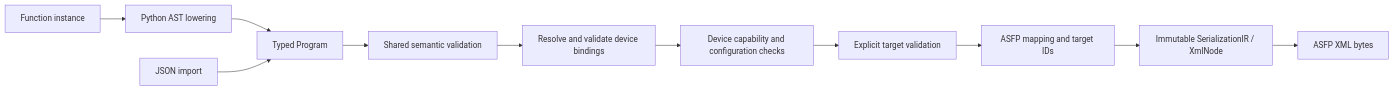
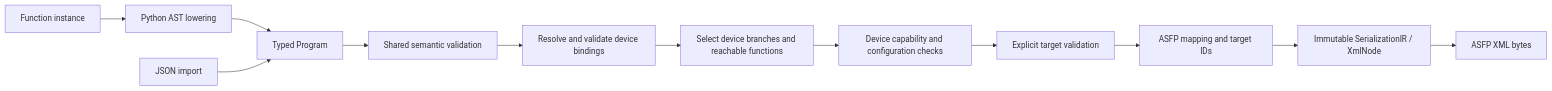
One commit to TsumiNa/sciloom changed the diagram in docs/13_ASFP_COMPILER.md. Above: the diagram before and after it, drawn with Mermaid. The commit also changed other lines of this file and 41 other files, not shown here.

````diff
--- a/docs/13_ASFP_COMPILER.md
+++ b/docs/13_ASFP_COMPILER.md
@@ -96,11 +104,12 @@
 ```mermaid
 flowchart LR
     Python["Function instance"] --> Lower["Python AST lowering"] --> Semantic["Typed Program"]
     JSON["JSON import"] --> Semantic
     Semantic --> Validate["Shared semantic validation"]
     Validate --> Bind["Resolve and validate device bindings"]
-    Bind --> Configuration["Device capability and configuration checks"]
+    Bind --> Specialize["Select device branches and reachable functions"]
+    Specialize --> Configuration["Device capability and configuration checks"]
     Configuration --> Target["Explicit target validation"] --> Backend["ASFP mapping and target IDs"]
     Backend --> SIR["Immutable SerializationIR / XmlNode"]
     SIR --> XML["ASFP XML bytes"]
 ```
````
